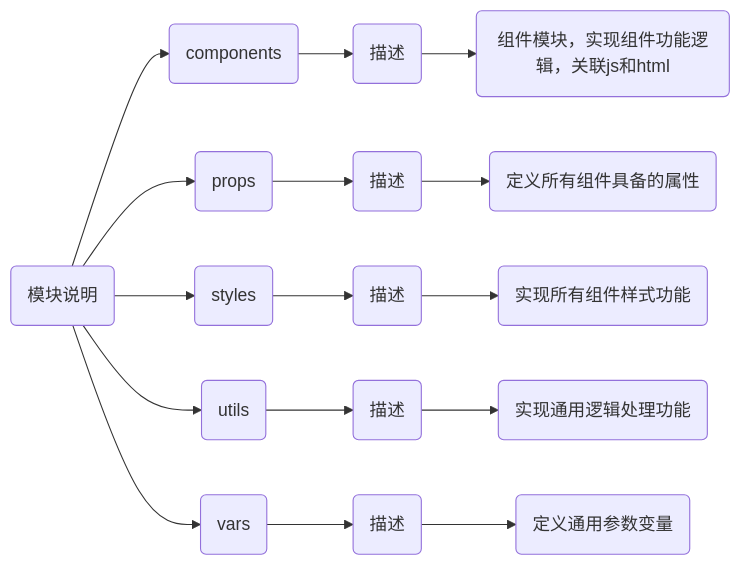
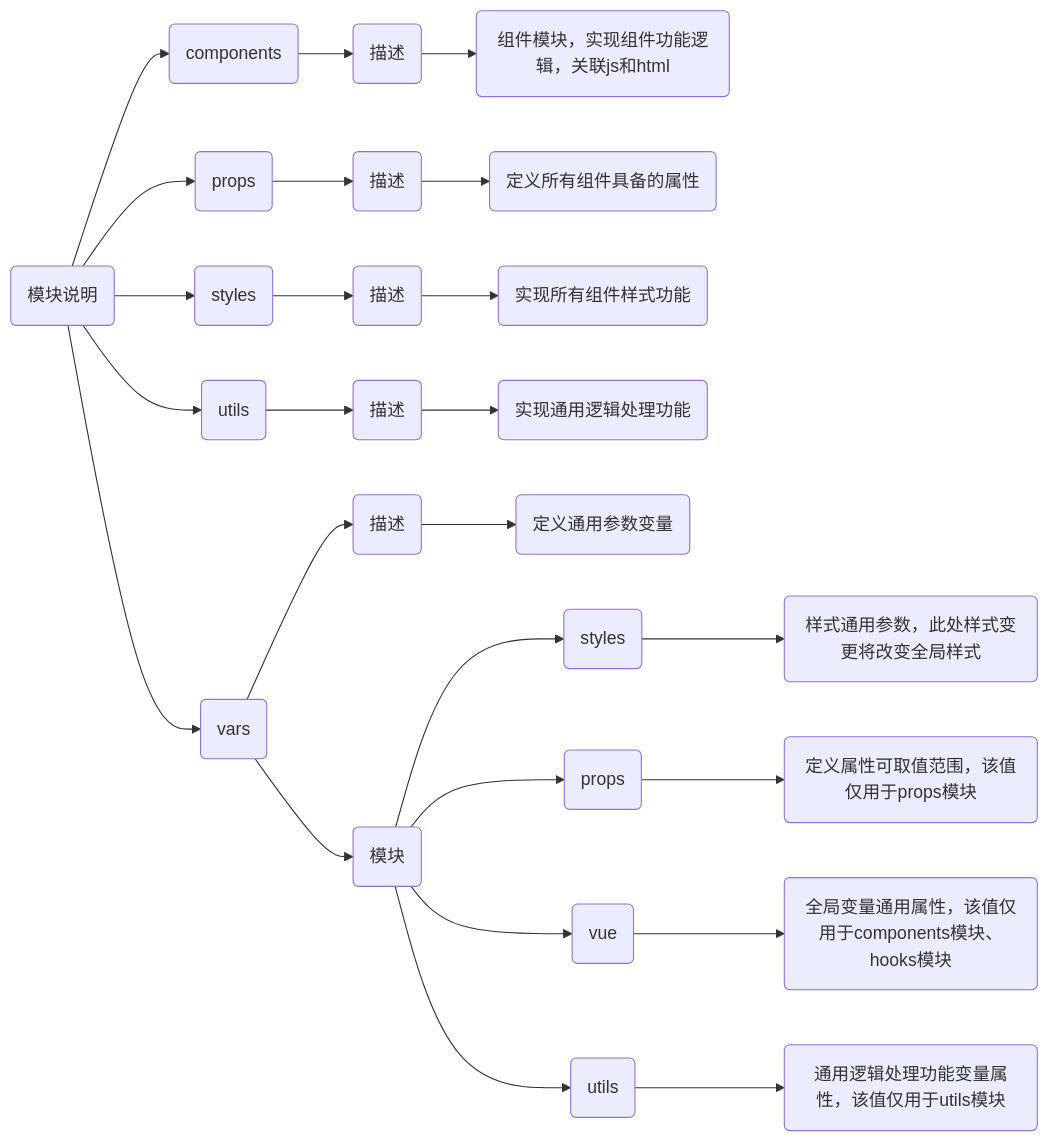
The diagram in packages/README.md (IsolatedTraveler/wdxx-ui), drawn with Mermaid before and after one commit.

````diff
--- a/packages/README.md
+++ b/packages/README.md
@@ -1,12 +1,16 @@
 ```mermaid
 graph LR
 A("模块说明")-->AA("components")-->AAA("描述")-->AAAA("组件模块，实现组件功能逻辑，关联js和html")
 
 A-->AB("props")-->ABA("描述")-->ABAA("定义所有组件具备的属性")
 
 A-->AC("styles")-->ACA("描述")-->ACAA("实现所有组件样式功能")
 
 A-->AD("utils")-->ADA("描述")-->ADAA("实现通用逻辑处理功能")
 
 A-->AE("vars")-->AEA("描述")-->AEAA("定义通用参数变量")
+AE-->AEB("模块")-->AEBA("styles")-->AEBAA("样式通用参数，此处样式变更将改变全局样式")
+AEB-->AEBB("props")-->AEBBA("定义属性可取值范围，该值仅用于props模块")
+AEB-->AEBC("vue")-->AEBCA("全局变量通用属性，该值仅用于components模块、hooks模块")
+AEB-->AEBD("utils")-->AEBDA("通用逻辑处理功能变量属性，该值仅用于utils模块")
 ```
````
